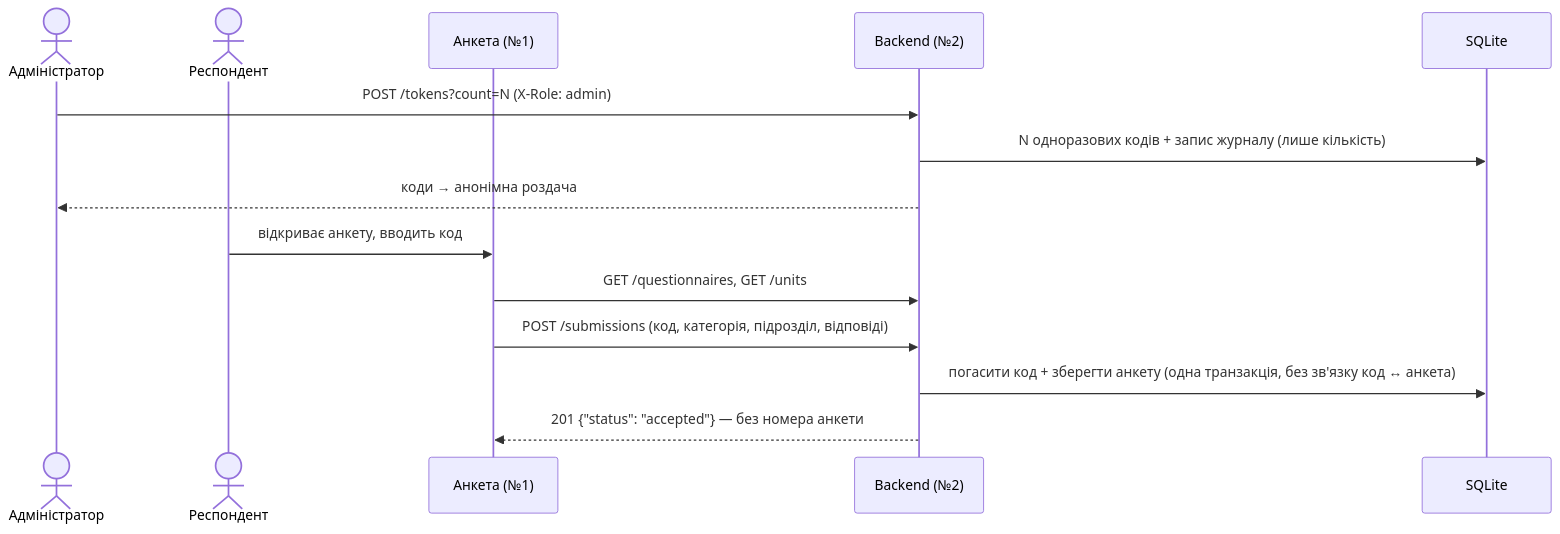
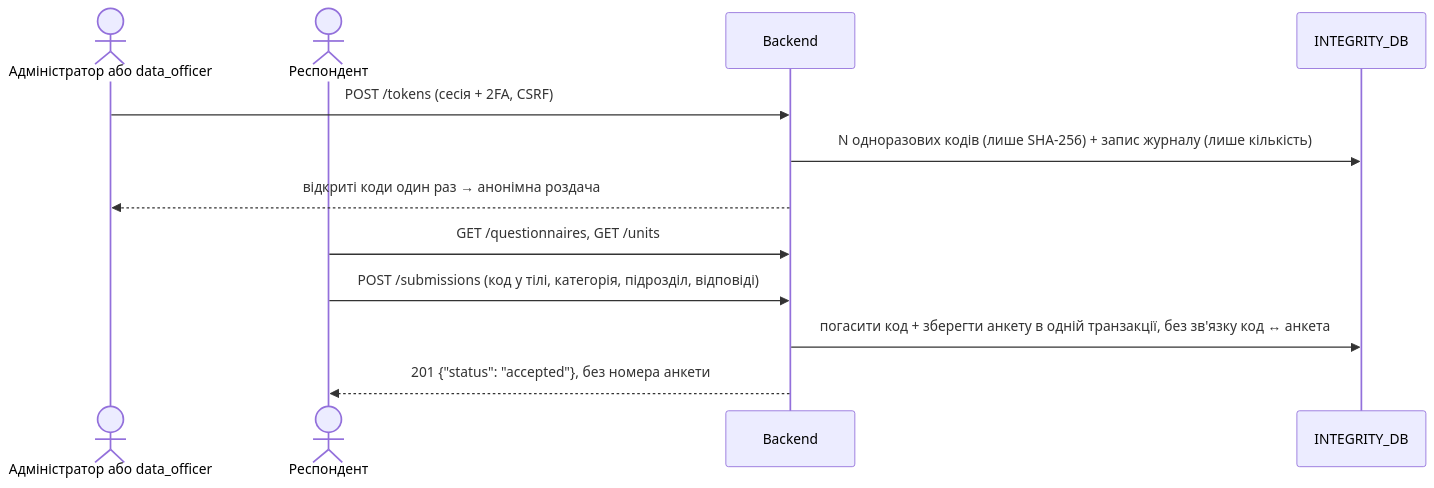
One commit to golem86/hacaton changed the second of 3 diagrams in docs/integration-map.md. Above: the diagram before and after it, drawn with Mermaid. The commit also changed other lines of this file and 52 other files, not shown here.

````diff
--- a/docs/integration-map.md
+++ b/docs/integration-map.md
@@ -107,17 +115,15 @@
 ```mermaid
 sequenceDiagram
-    actor A as Адміністратор
+    actor A as Адміністратор або data_officer
     actor P as Респондент
-    participant Q as Анкета (№1)
-    participant API as Backend (№2)
-    participant DB as SQLite
+    participant API as Backend
+    participant DB as INTEGRITY_DB
 
-    A->>API: POST /tokens?count=N (X-Role: admin)
-    API->>DB: N одноразових кодів + запис журналу (лише кількість)
-    API-->>A: коди → анонімна роздача
-    P->>Q: відкриває анкету, вводить код
-    Q->>API: GET /questionnaires, GET /units
-    Q->>API: POST /submissions (код, категорія, підрозділ, відповіді)
-    API->>DB: погасити код + зберегти анкету (одна транзакція, без зв'язку код ↔ анкета)
-    API-->>Q: 201 {"status": "accepted"} — без номера анкети
+    A->>API: POST /tokens (сесія + 2FA, CSRF)
+    API->>DB: N одноразових кодів (лише SHA-256) + запис журналу (лише кількість)
+    API-->>A: відкриті коди один раз → анонімна роздача
+    P->>API: GET /questionnaires, GET /units
+    P->>API: POST /submissions (код у тілі, категорія, підрозділ, відповіді)
+    API->>DB: погасити код + зберегти анкету в одній транзакції, без зв'язку код ↔ анкета
+    API-->>P: 201 {"status": "accepted"}, без номера анкети
 ```
````
